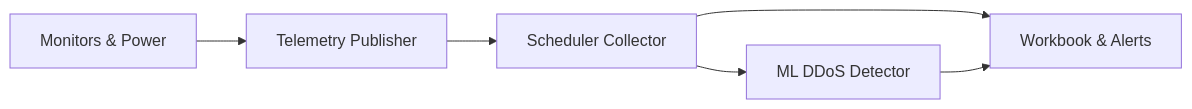
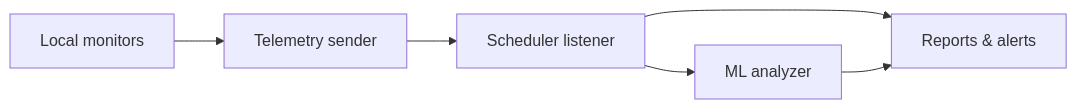
Before and after one commit to Kamalbura/research: diagram 16 of 16 in diagrames.md, drawn with Mermaid. The commit also changed other lines of this file, not shown here.

````diff
--- a/diagrames.md
+++ b/diagrames.md
@@ -342,11 +520,11 @@
 ```mermaid
 flowchart LR
-    Monitors[Monitors & Power]
-    Publisher[Telemetry Publisher]
-    Collector[Scheduler Collector]
-    Outputs[Workbook & Alerts]
-    DDoS[ML DDoS Detector]
+    Monitors[Local monitors]
+    Publisher[Telemetry sender]
+    Collector[Scheduler listener]
+    Outputs[Reports & alerts]
+    DDoS[ML analyzer]
 
     Monitors --> Publisher --> Collector --> Outputs
     Collector --> DDoS --> Outputs
 ```
````
